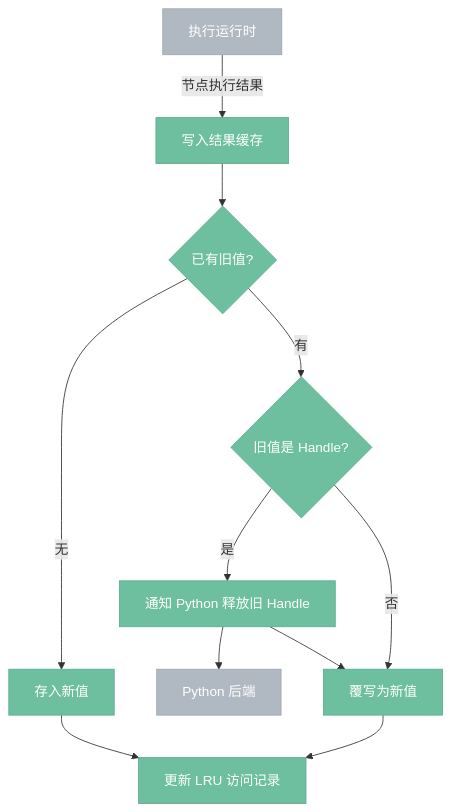
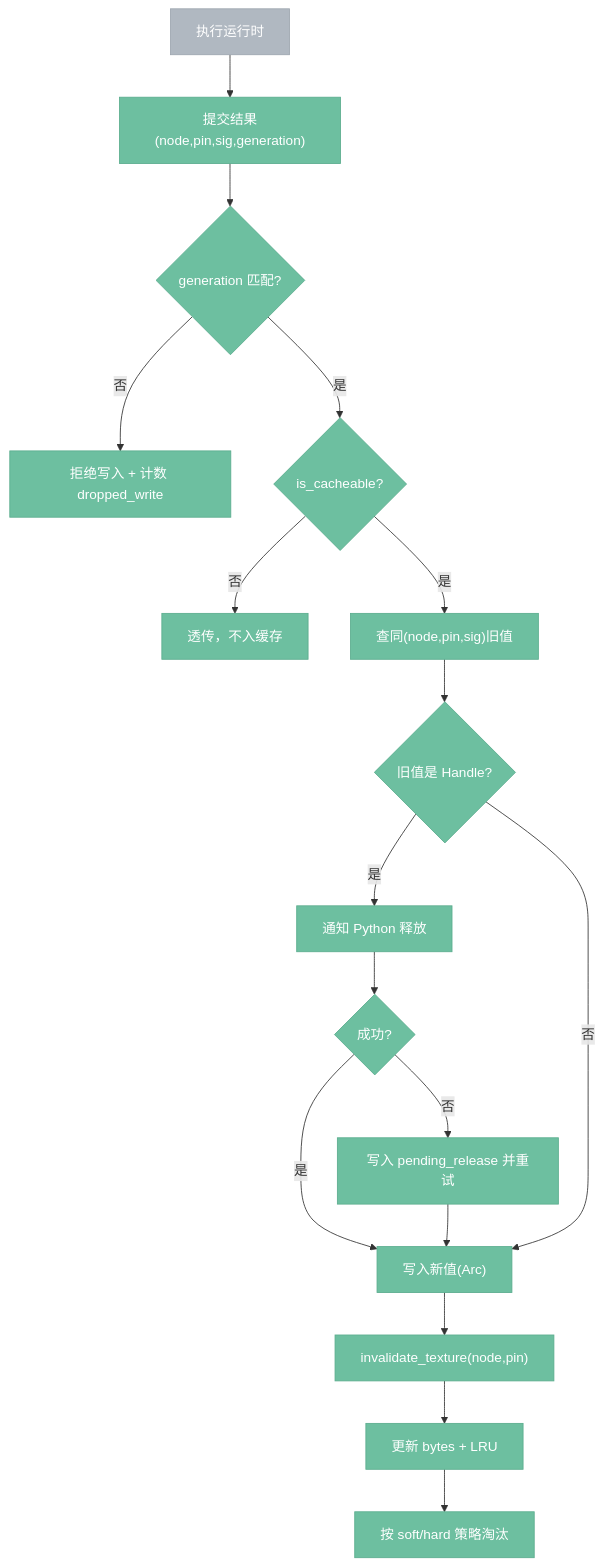
The second of 4 diagrams in docs/target/4.5.0-cache.impl.md (aporicho/nodeimg), drawn with Mermaid before and after one commit. The commit also changed other lines of this file and 32 other files, not shown here.

````diff
--- a/docs/target/4.5.0-cache.impl.md
+++ b/docs/target/4.5.0-cache.impl.md
@@ -30,17 +68,23 @@
 ```mermaid
 %%{ init: { 'flowchart': { 'curve': 'basis' } } }%%
 flowchart TB
     classDef internal fill:#6DBFA0,stroke:#5BAD8E,color:#fff
     classDef external fill:#B0B8C1,stroke:#9EA6AF,color:#fff
 
-    运行时["执行运行时"]:::external -->|"节点执行结果"| 写入["写入结果缓存"]:::internal
-    写入 --> 有旧值{"已有旧值?"}:::internal
-    有旧值 -->|"无"| 存入["存入新值"]:::internal
-    有旧值 -->|"有"| 是Handle{"旧值是 Handle?"}:::internal
-    是Handle -->|"是"| 释放["通知 Python 释放旧 Handle"]:::internal
-    释放 --> Python["Python 后端"]:::external
-    释放 --> 覆写["覆写为新值"]:::internal
-    是Handle -->|"否"| 覆写
-    存入 --> 更新LRU["更新 LRU 访问记录"]:::internal
-    覆写 --> 更新LRU
+    运行时["执行运行时"]:::external --> 提交["提交结果(node,pin,sig,generation)"]:::internal
+    提交 --> 代际校验{"generation 匹配?"}:::internal
+    代际校验 -->|"否"| 丢弃["拒绝写入 + 计数 dropped_write"]:::internal
+    代际校验 -->|"是"| 可缓存{"is_cacheable?"}:::internal
+    可缓存 -->|"否"| 返回["透传，不入缓存"]:::internal
+    可缓存 -->|"是"| 查旧["查同(node,pin,sig)旧值"]:::internal
+    查旧 --> 释放旧Handle{"旧值是 Handle?"}:::internal
+    释放旧Handle -->|"是"| 调Python["通知 Python 释放"]:::internal
+    调Python --> 释放成功{"成功?"}:::internal
+    释放成功 -->|"否"| 入队["写入 pending_release 并重试"]:::internal
+    释放成功 -->|"是"| 写入
+    入队 --> 写入["写入新值(Arc<Value>)"]:::internal
+    释放旧Handle -->|"否"| 写入
+    写入 --> 失效纹理["invalidate_texture(node,pin)"]:::internal
+    失效纹理 --> 记账["更新 bytes + LRU"]:::internal
+    记账 --> 淘汰["按 soft/hard 策略淘汰"]:::internal
 ```
````
